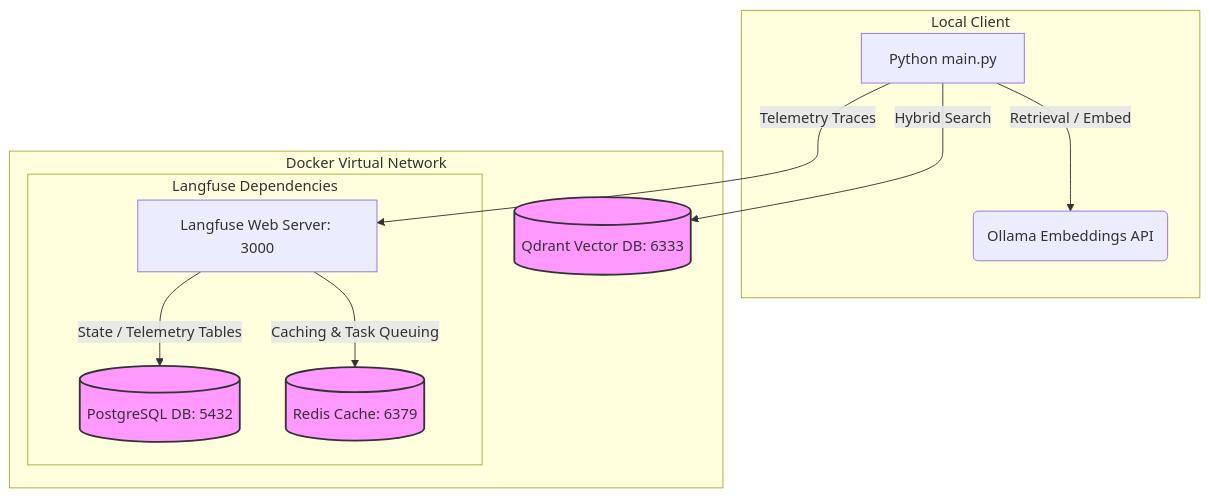
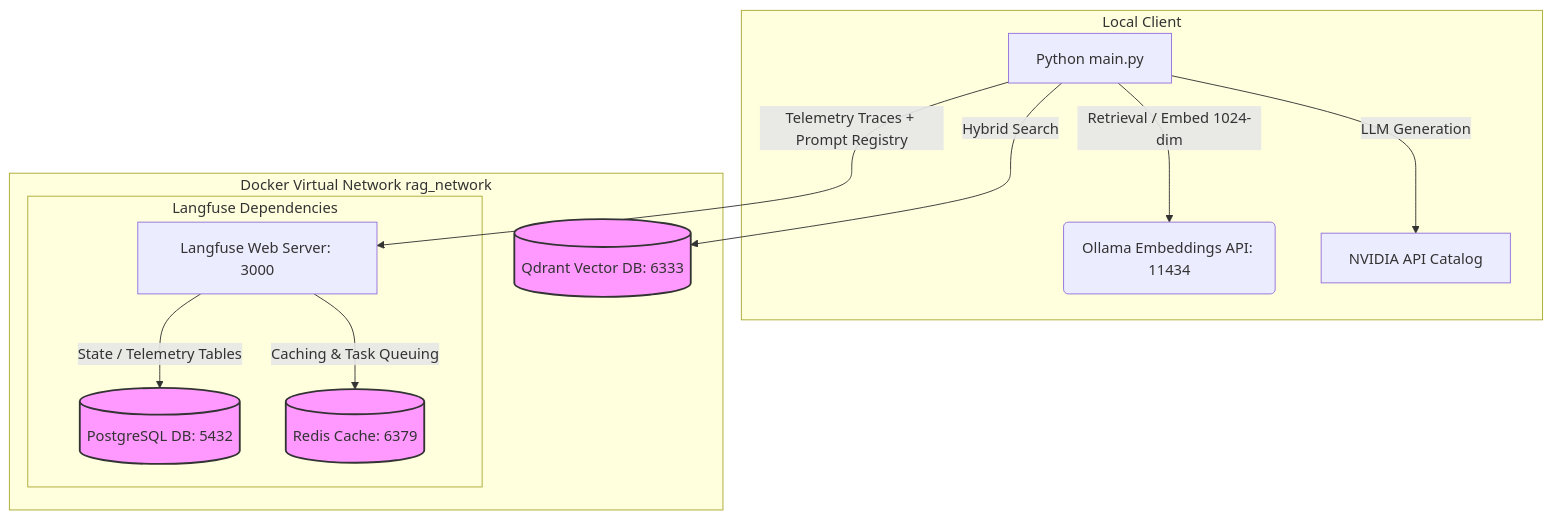
One commit to Lmalviya/pocket-projects changed the diagram in rag-eval-lab/docs/self_hosting.md. Above: the diagram before and after it, drawn with Mermaid. The commit also changed other lines of this file and 1 other file, not shown here.

````diff
--- a/rag-eval-lab/docs/self_hosting.md
+++ b/rag-eval-lab/docs/self_hosting.md
@@ -11,19 +11,20 @@
 ```mermaid
 graph TD
     subgraph Local Client
-        CLI[Python main.py] -->|Retrieval / Embed| Ollama(Ollama Embeddings API)
+        CLI[Python main.py] -->|Retrieval / Embed 1024-dim| Ollama(Ollama Embeddings API: 11434)
+        CLI -->|LLM Generation| NV[NVIDIA API Catalog]
     end
 
-    subgraph Docker Virtual Network
+    subgraph Docker Virtual Network rag_network
         CLI -->|Hybrid Search| Qdrant[(Qdrant Vector DB: 6333)]
-        CLI -->|Telemetry Traces| LF[Langfuse Web Server: 3000]
+        CLI -->|Telemetry Traces + Prompt Registry| LF[Langfuse Web Server: 3000]
         
         subgraph Langfuse Dependencies
             LF -->|State / Telemetry Tables| PG[(PostgreSQL DB: 5432)]
             LF -->|Caching & Task Queuing| RD[(Redis Cache: 6379)]
         end
     end
     
     classDef storage fill:#f9f,stroke:#333,stroke-width:2px;
     class PG,Qdrant,RD storage;
 ```
````
